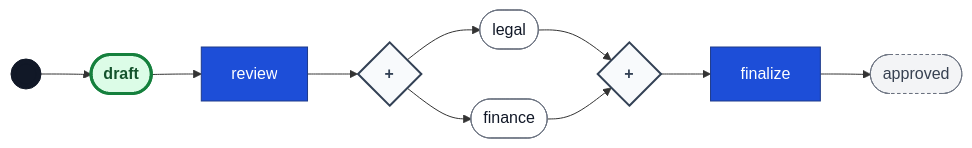
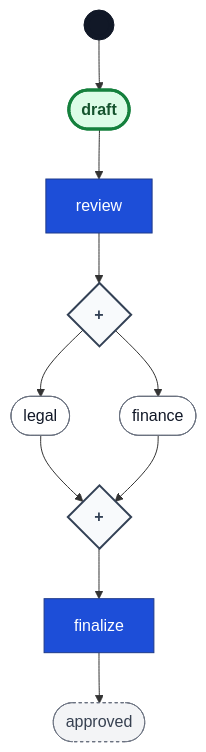
One commit to ehabterra/workflow changed the diagram in README.md. Above: the diagram before and after it, drawn with Mermaid. The commit also changed other lines of this file and 4 other files, not shown here.

First line of the commit message:
feat(diagrams): optional flow direction on Diagram, default now top-down

````diff
--- a/README.md
+++ b/README.md
@@ -803,39 +806,39 @@
 ```mermaid
-flowchart LR
+flowchart TD
     START((( )))
     class START startMarker
     START --> p_draft
     p_draft(["draft"])
     p_legal(["legal"])
     p_finance(["finance"])
     p_approved(["approved"])
     class p_draft current
     class p_legal place
     class p_finance place
     class p_approved terminal
     t_review["review"]
     class t_review action
     p_draft --> t_review
     f_review{"+"}
     class f_review gateway
     t_review --> f_review
     f_review --> p_legal
     f_review --> p_finance
     t_finalize["finalize"]
     class t_finalize action
     j_finalize{"+"}
     class j_finalize gateway
     p_legal --> j_finalize
     p_finance --> j_finalize
     j_finalize --> t_finalize
     t_finalize --> p_approved
     classDef place fill:#FFFFFF,stroke:#6B7280,stroke-width:1px,color:#111827
     classDef current fill:#DCFCE7,stroke:#15803D,stroke-width:3px,color:#14532D,font-weight:bold
     classDef terminal fill:#F3F4F6,stroke:#6B7280,stroke-dasharray:3 3,color:#374151
     classDef action fill:#1D4ED8,stroke:#1E3A8A,color:#FFFFFF
     classDef person fill:#15803D,stroke:#14532D,color:#FFFFFF
     classDef auto fill:#E0F2FE,stroke:#0369A1,color:#0C4A6E
     classDef timer fill:#FEF3C7,stroke:#B45309,color:#92400E
     classDef startMarker fill:#111827,stroke:#111827,color:#111827
     classDef gateway fill:#F8FAFC,stroke:#334155,stroke-width:2px,color:#334155,font-weight:bold
 ```
````
